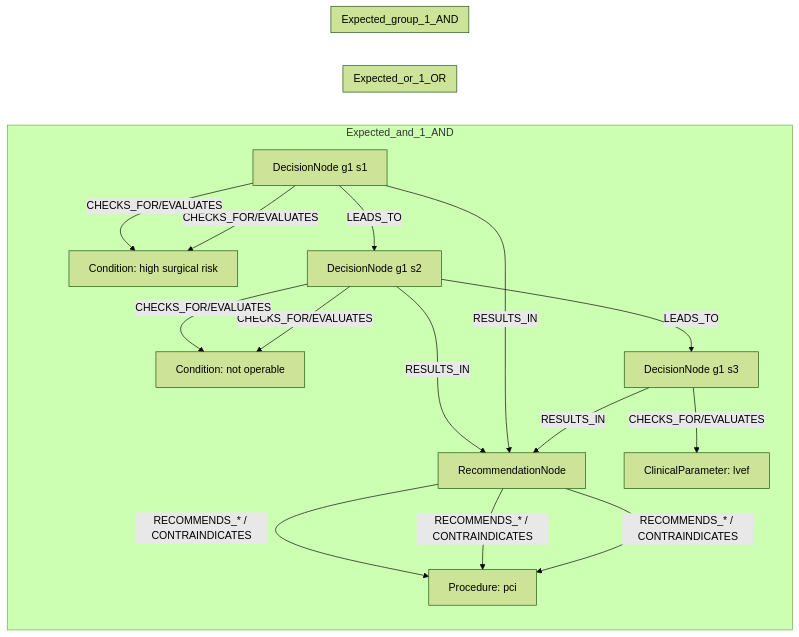
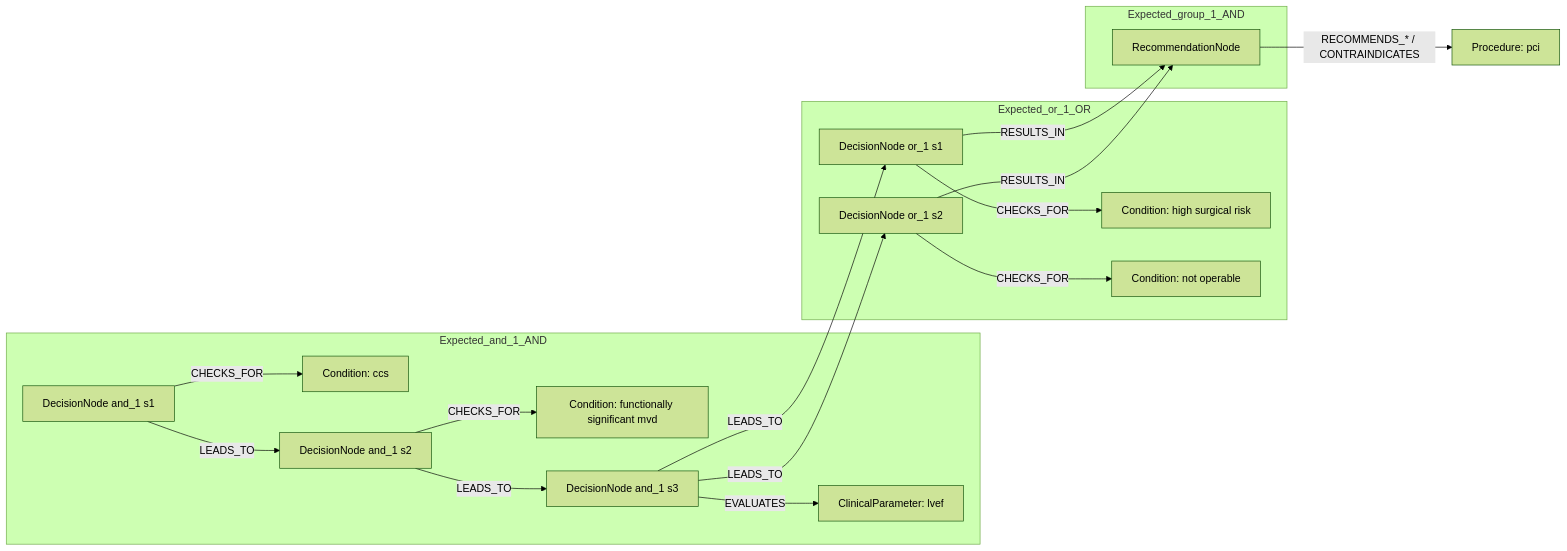
One commit to dieterich-lab/CardioGuidelinesGraph changed the first of 2 diagrams in docs/table22_rows/row_11.md. Above: the diagram before and after it, drawn with Mermaid (forest theme). The commit also changed other lines of this file and 18 other files, not shown here.

Commit message:
Update mermaid diagrams.

````diff
--- a/docs/table22_rows/row_11.md
+++ b/docs/table22_rows/row_11.md
@@ -137,39 +137,34 @@
 ```mermaid
 graph LR
+  REC[RecommendationNode]
+  ACT1[Procedure: pci]
+  REC -->|RECOMMENDS_* / CONTRAINDICATES| ACT1
   subgraph Expected_and_1_AND
-    REC[RecommendationNode]
-    D1[DecisionNode g1 s1]
-    C1[Condition: ccs]
-    D1 -->|CHECKS_FOR/EVALUATES| C1
-    D2[DecisionNode g1 s2]
-    C2[Condition: functionally significant mvd]
-    D2 -->|CHECKS_FOR/EVALUATES| C2
-    D3[DecisionNode g1 s3]
-    C3[ClinicalParameter: lvef]
-    D3 -->|CHECKS_FOR/EVALUATES| C3
-    D1 -->|LEADS_TO| D2
-    D2 -->|LEADS_TO| D3
-    D3 -->|RESULTS_IN| REC
-    ACT1[Procedure: pci]
-    REC -->|RECOMMENDS_* / CONTRAINDICATES| ACT1
+    D_and_1_1[DecisionNode and_1 s1]
+    C_and_1_1[Condition: ccs]
+    D_and_1_1 -->|CHECKS_FOR| C_and_1_1
+    D_and_1_2[DecisionNode and_1 s2]
+    C_and_1_2[Condition: functionally significant mvd]
+    D_and_1_2 -->|CHECKS_FOR| C_and_1_2
+    D_and_1_3[DecisionNode and_1 s3]
+    C_and_1_3[ClinicalParameter: lvef]
+    D_and_1_3 -->|EVALUATES| C_and_1_3
+    D_and_1_1 -->|LEADS_TO| D_and_1_2
+    D_and_1_2 -->|LEADS_TO| D_and_1_3
   end
   subgraph Expected_or_1_OR
-    REC[RecommendationNode]
-    D1[DecisionNode g1 s1]
-    C1[Condition: high surgical risk]
-    D1 -->|CHECKS_FOR/EVALUATES| C1
-    D2[DecisionNode g1 s2]
-    C2[Condition: not operable]
-    D2 -->|CHECKS_FOR/EVALUATES| C2
-    D1 -->|RESULTS_IN| REC
-    D2 -->|RESULTS_IN| REC
-    ACT1[Procedure: pci]
-    REC -->|RECOMMENDS_* / CONTRAINDICATES| ACT1
+    D_or_1_1[DecisionNode or_1 s1]
+    C_or_1_1[Condition: high surgical risk]
+    D_or_1_1 -->|CHECKS_FOR| C_or_1_1
+    D_or_1_2[DecisionNode or_1 s2]
+    C_or_1_2[Condition: not operable]
+    D_or_1_2 -->|CHECKS_FOR| C_or_1_2
+    D_and_1_3 -->|LEADS_TO| D_or_1_1
+    D_and_1_3 -->|LEADS_TO| D_or_1_2
   end
   subgraph Expected_group_1_AND
-    REC[RecommendationNode]
     REC
-    ACT1[Procedure: pci]
-    REC -->|RECOMMENDS_* / CONTRAINDICATES| ACT1
   end
+  D_or_1_1 -->|RESULTS_IN| REC
+  D_or_1_2 -->|RESULTS_IN| REC
 ```
````
